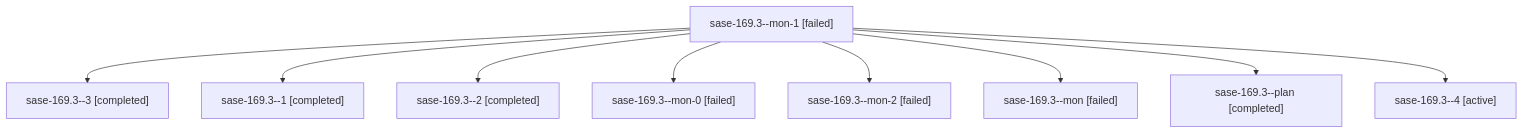
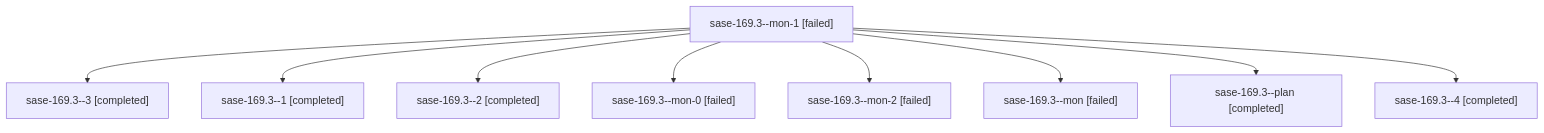
Before and after one commit to sase-org/sase--agents: the diagram in families/bbugyi200.apollo.sase-169.3.md, drawn with Mermaid. The commit also changed other lines of this file and 47 other files, not shown here.

````diff
--- a/families/bbugyi200.apollo.sase-169.3.md
+++ b/families/bbugyi200.apollo.sase-169.3.md
@@ -9,20 +9,20 @@
 ```mermaid
 flowchart TD
   n0["sase-169.3--mon-1 [failed]"]
   n1["sase-169.3--3 [completed]"]
   n0 --> n1
   n2["sase-169.3--1 [completed]"]
   n0 --> n2
   n3["sase-169.3--2 [completed]"]
   n0 --> n3
   n4["sase-169.3--mon-0 [failed]"]
   n0 --> n4
   n5["sase-169.3--mon-2 [failed]"]
   n0 --> n5
   n6["sase-169.3--mon [failed]"]
   n0 --> n6
   n7["sase-169.3--plan [completed]"]
   n0 --> n7
-  n8["sase-169.3--4 [active]"]
+  n8["sase-169.3--4 [completed]"]
   n0 --> n8
 ```
````
